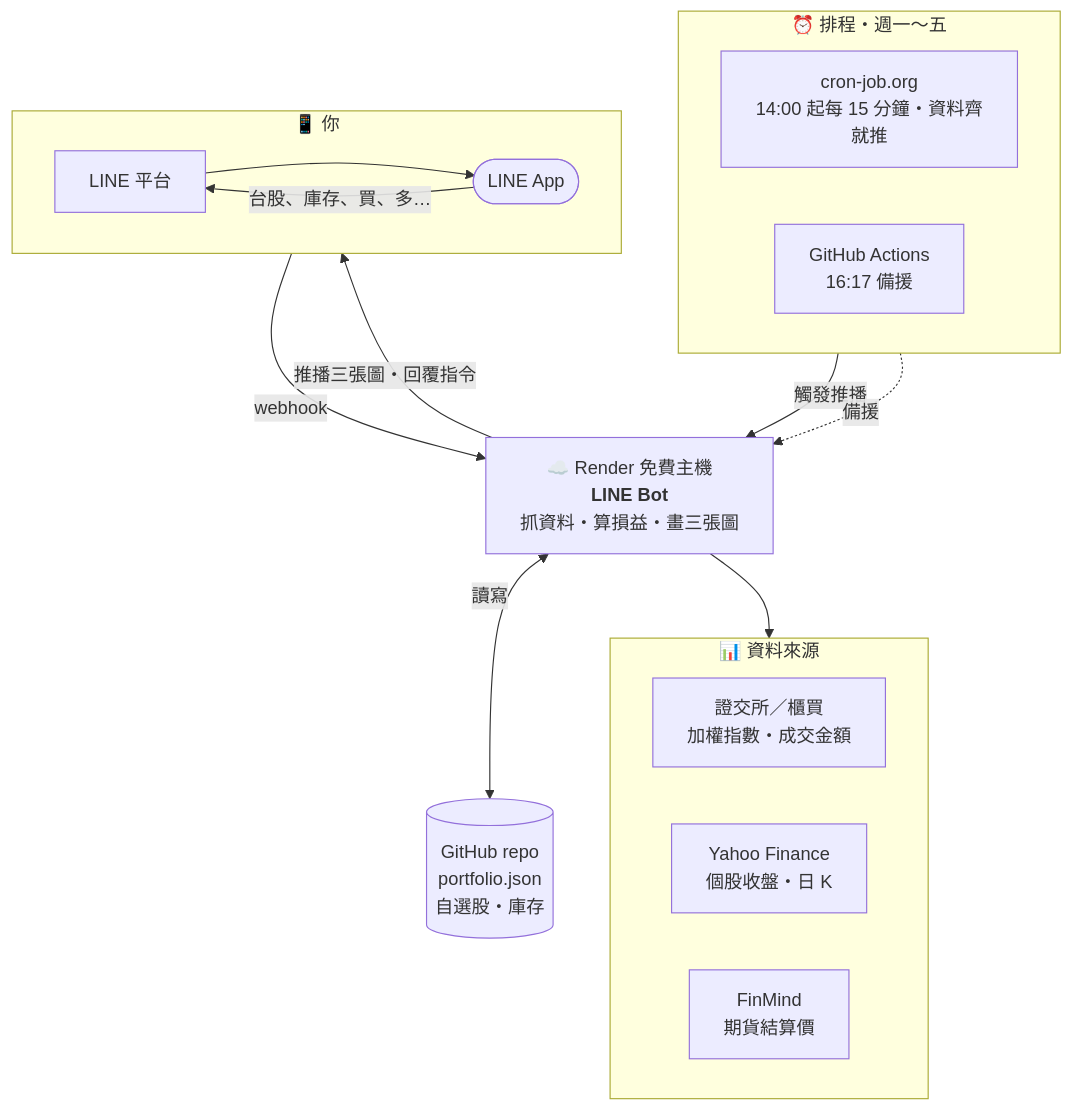
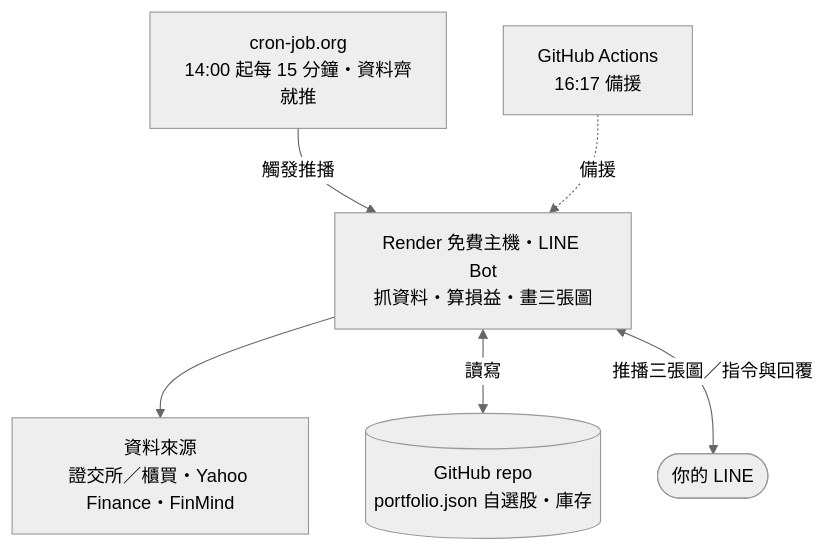
One commit to scm611-byte/line-market-bot changed the first of 3 diagrams in README.md. Above: the diagram before and after it, drawn with Mermaid.

Commit message:
README：運作方式圖改為黑灰白、縮短高度

````diff
--- a/README.md
+++ b/README.md
@@ -24,34 +24,16 @@
 ```mermaid
+%%{init: {"theme": "neutral"}}%%
 flowchart TB
-    subgraph sched["⏰ 排程・週一～五"]
-        direction LR
-        cron["cron-job.org<br/>14:00 起每 15 分鐘・資料齊就推"]
-        gha["GitHub Actions<br/>16:17 備援"]
-    end
-
-    bot["☁️ Render 免費主機<br/><b>LINE Bot</b><br/>抓資料・算損益・畫三張圖"]
-
-    subgraph data["📊 資料來源"]
-        direction LR
-        twse["證交所／櫃買<br/>加權指數・成交金額"]
-        yahoo["Yahoo Finance<br/>個股收盤・日 K"]
-        finmind["FinMind<br/>期貨結算價"]
-    end
-
-    repo[("GitHub repo<br/>portfolio.json<br/>自選股・庫存")]
-
-    subgraph phone["📱 你"]
-        direction LR
-        line["LINE 平台"]
-        you(["LINE App"])
-    end
+    cron["cron-job.org<br/>14:00 起每 15 分鐘・資料齊就推"]
+    gha["GitHub Actions<br/>16:17 備援"]
+    bot["Render 免費主機・LINE Bot<br/>抓資料・算損益・畫三張圖"]
+    data["資料來源<br/>證交所／櫃買・Yahoo Finance・FinMind"]
+    repo[("GitHub repo<br/>portfolio.json 自選股・庫存")]
+    you(["你的 LINE"])
 
     cron -->|觸發推播| bot
     gha -.->|備援| bot
     bot --> data
     bot <-->|讀寫| repo
-    bot -->|推播三張圖・回覆指令| line
-    line --> you
-    you -->|台股、庫存、買、多…| line
-    line -->|webhook| bot
+    bot <-->|推播三張圖／指令與回覆| you
 ```
````
